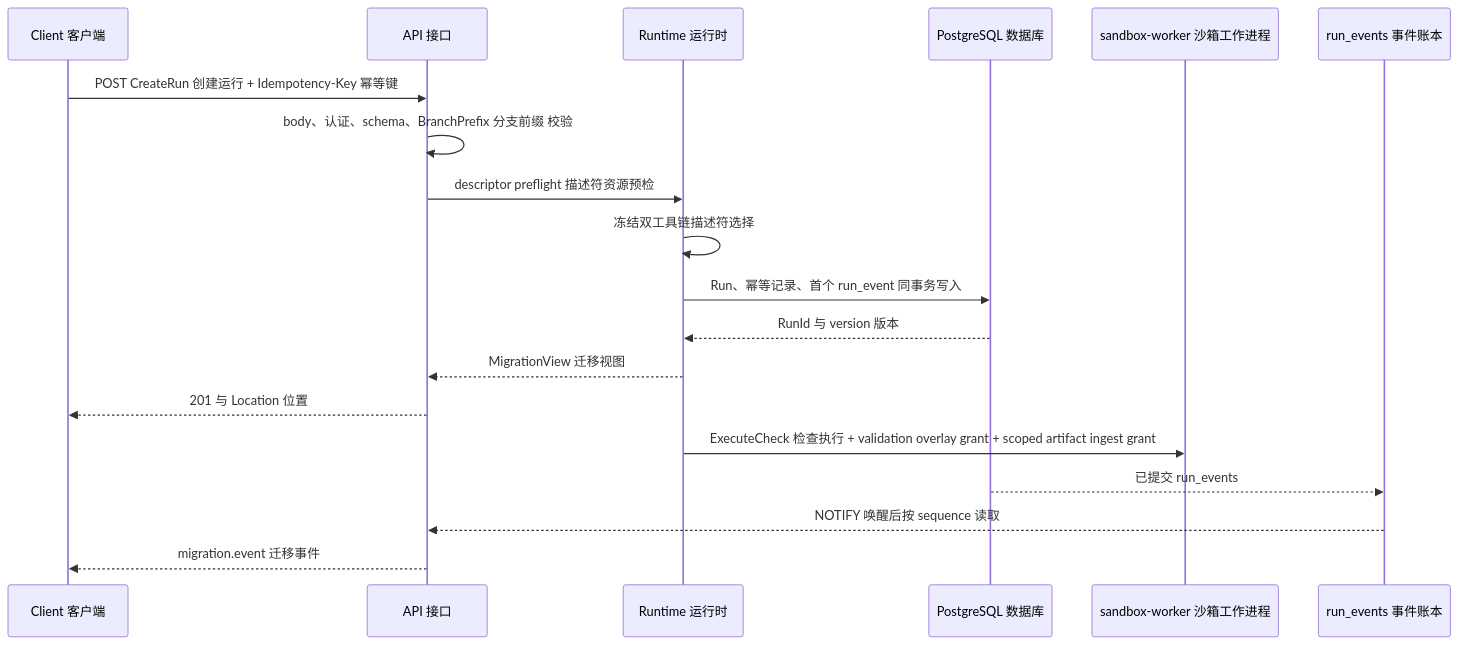
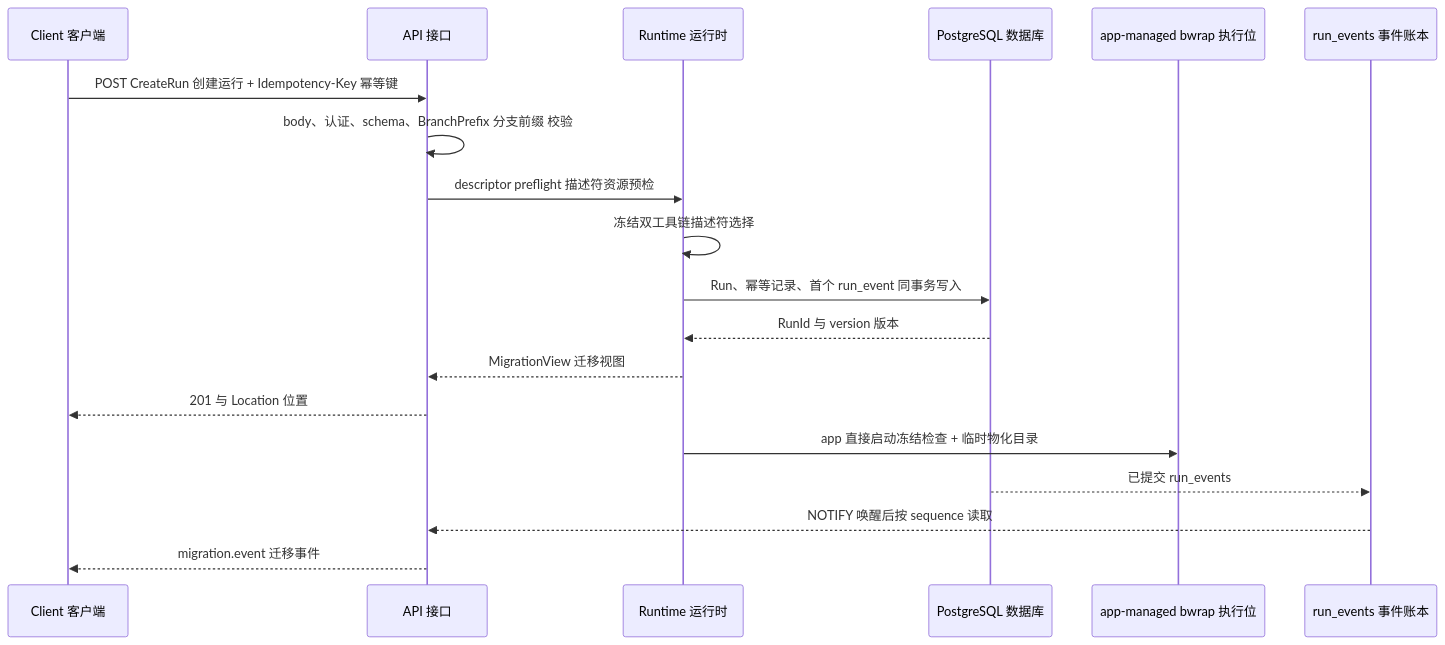
Before and after one commit to LT0X/CodeMigrator: the second of 2 diagrams in temp_doc/codemigrator_design_python_doc/architecture_module_design/CodeMigrator_系统后端架构.md, drawn with Mermaid. The commit also changed other lines of this file and 55 other files, not shown here.

````diff
--- a/temp_doc/codemigrator_design_python_doc/architecture_module_design/CodeMigrator_系统后端架构.md
+++ b/temp_doc/codemigrator_design_python_doc/architecture_module_design/CodeMigrator_系统后端架构.md
@@ -44,22 +48,22 @@
 ```mermaid
 sequenceDiagram
     participant C as Client 客户端
     participant A as API 接口
     participant R as Runtime 运行时
     participant P as PostgreSQL 数据库
-    participant W as sandbox-worker 沙箱工作进程
+    participant X as app-managed bwrap 执行位
     participant E as run_events 事件账本
 
     C->>A: POST CreateRun 创建运行 + Idempotency-Key 幂等键
     A->>A: body、认证、schema、BranchPrefix 分支前缀 校验
     A->>R: descriptor preflight 描述符资源预检
     R->>R: 冻结双工具链描述符选择
     R->>P: Run、幂等记录、首个 run_event 同事务写入
     P-->>R: RunId 与 version 版本
     R-->>A: MigrationView 迁移视图
     A-->>C: 201 与 Location 位置
-    R->>W: ExecuteCheck 检查执行 + validation overlay grant + scoped artifact ingest grant
+    R->>X: app 直接启动冻结检查 + 临时物化目录
     P-->>E: 已提交 run_events
     E-->>A: NOTIFY 唤醒后按 sequence 读取
     A-->>C: migration.event 迁移事件
 ```
````
